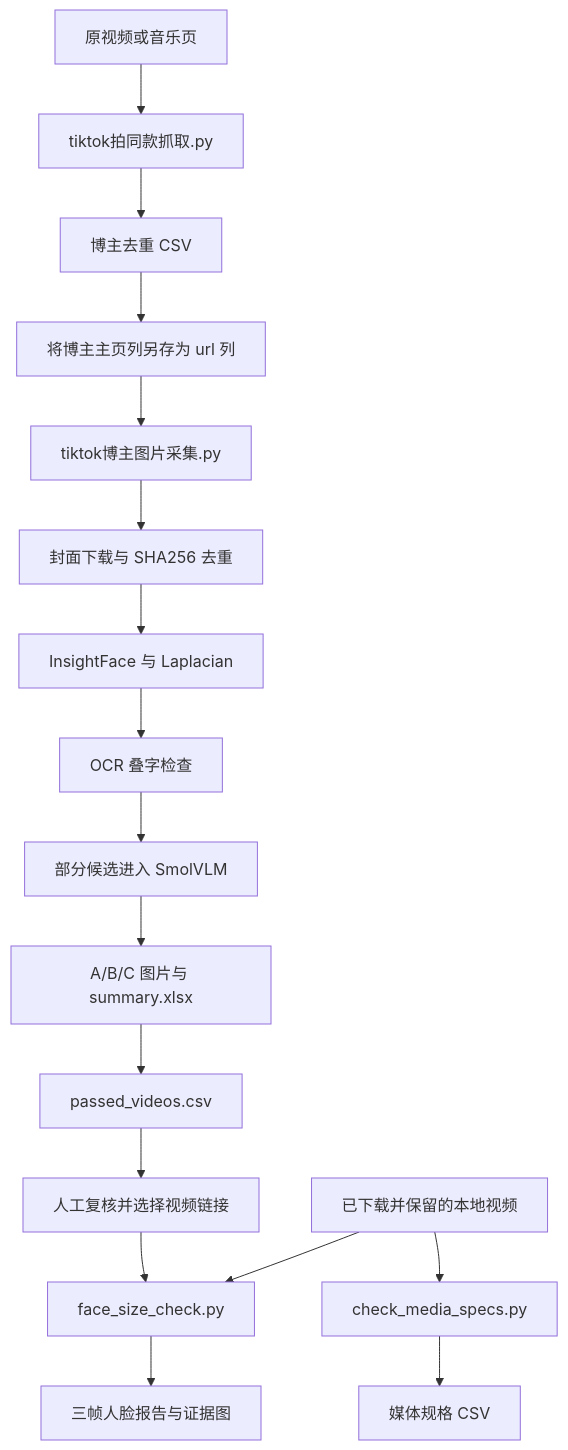
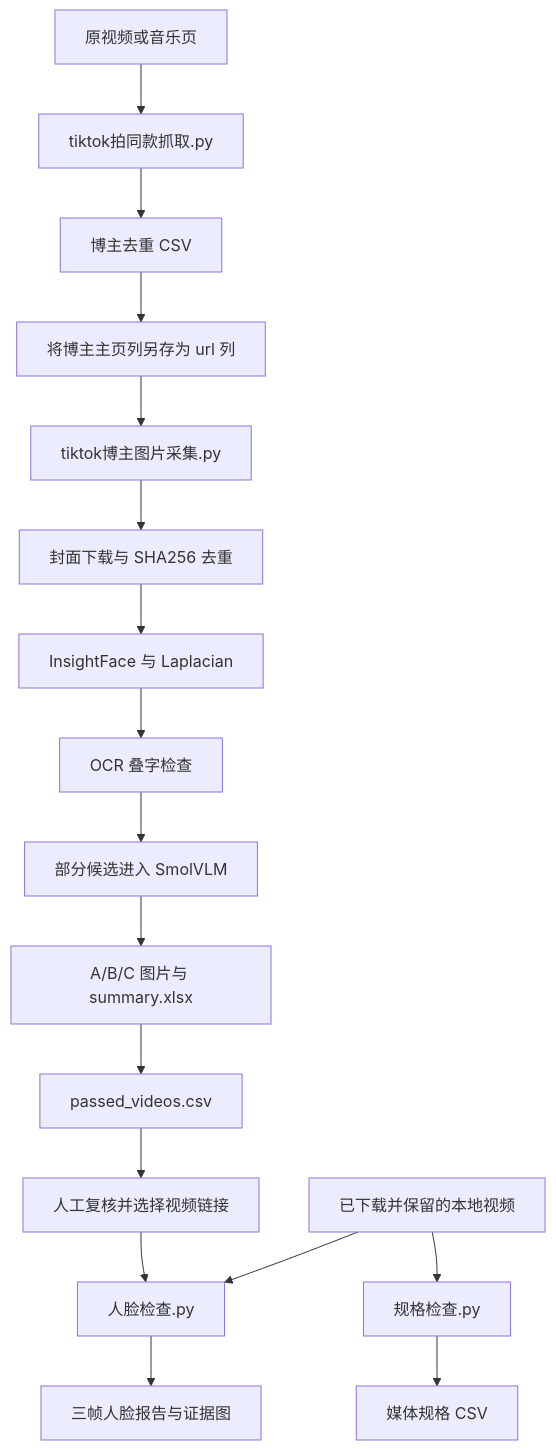
One commit to JOO5216/tt-ins-yt-media-cv-qc changed the diagram in 流程说明.md. Above: the diagram before and after it, drawn with Mermaid. The commit also changed other lines of this file and 6 other files, not shown here.

````diff
--- a/流程说明.md
+++ b/流程说明.md
@@ -17,19 +17,19 @@
 ```mermaid
 flowchart TD
     A[原视频或音乐页] --> B[tiktok拍同款抓取.py]
     B --> C[博主去重 CSV]
     C --> D[将博主主页列另存为 url 列]
     D --> E[tiktok博主图片采集.py]
     E --> F[封面下载与 SHA256 去重]
     F --> G[InsightFace 与 Laplacian]
     G --> H[OCR 叠字检查]
     H --> I[部分候选进入 SmolVLM]
     I --> J[A/B/C 图片与 summary.xlsx]
     J --> K[passed_videos.csv]
     K --> L[人工复核并选择视频链接]
-    L --> M[face_size_check.py]
-    N[已下载并保留的本地视频] --> O[check_media_specs.py]
+    L --> M[人脸检查.py]
+    N[已下载并保留的本地视频] --> O[规格检查.py]
     N --> M
     M --> P[三帧人脸报告与证据图]
     O --> Q[媒体规格 CSV]
 ```
````
